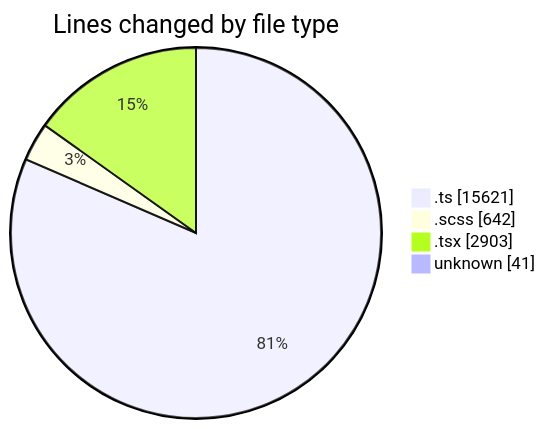
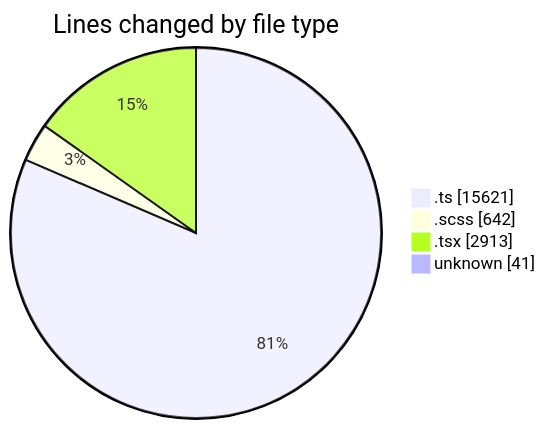
The first of 2 diagrams in 2025-08-27/cda/README.md (momahboobian/code-tracking), drawn with Mermaid before and after one commit. The commit also changed other lines of this file and 1 other file, not shown here.

````diff
--- a/2025-08-27/cda/README.md
+++ b/2025-08-27/cda/README.md
@@ -38,8 +38,8 @@
 ```mermaid
 pie showData
 title Lines changed by file type
 ".ts" : 15621
 ".scss" : 642
-".tsx" : 2903
+".tsx" : 2913
 "unknown" : 41
 ```
````
